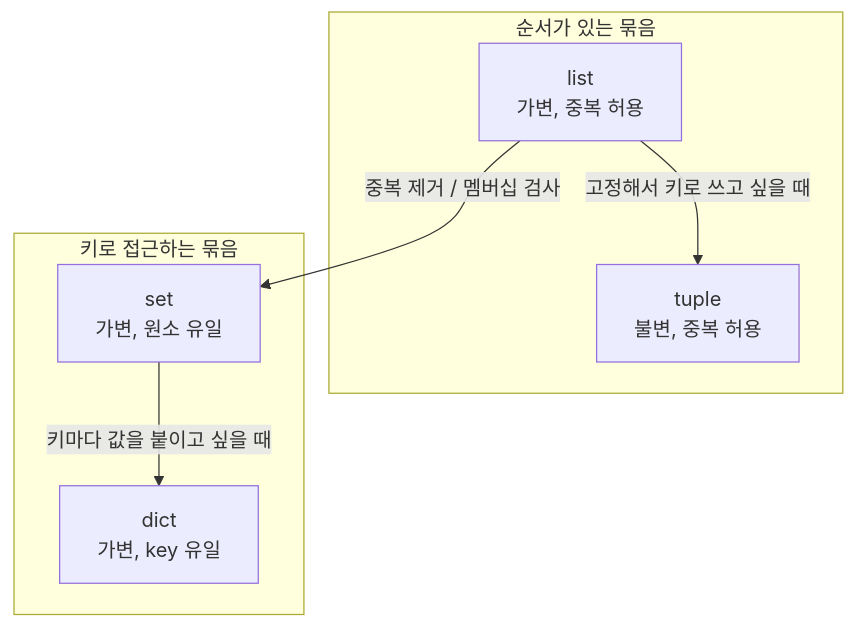
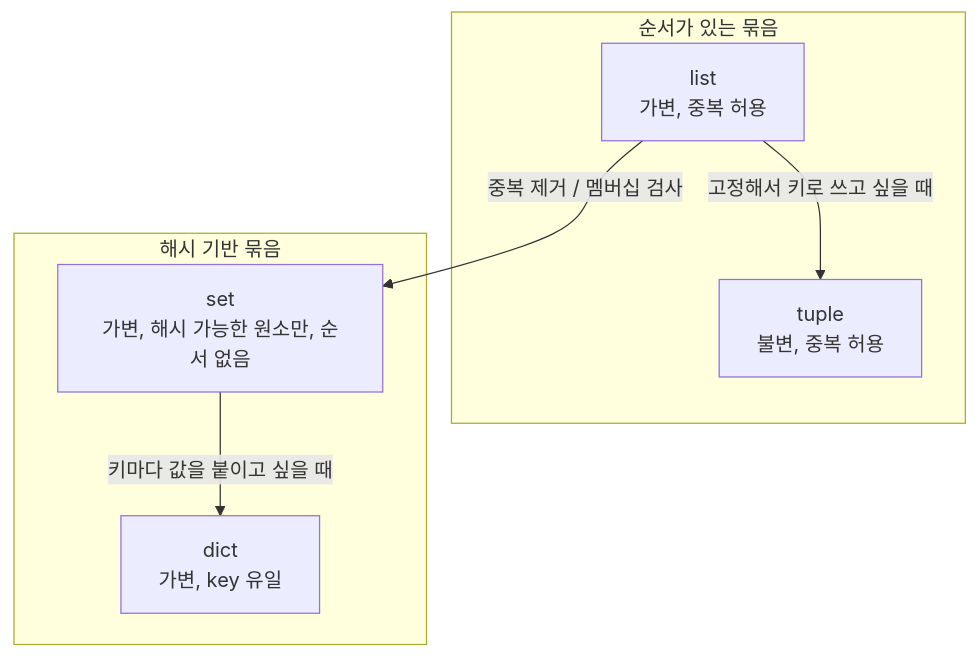
The diagram in content/python-101/ko/04-list-tuple-set-dict.md (yeongseon-books/book-content), drawn with Mermaid before and after one commit. The commit also changed other lines of this file and 1 other file, not shown here.

````diff
--- a/content/python-101/ko/04-list-tuple-set-dict.md
+++ b/content/python-101/ko/04-list-tuple-set-dict.md
@@ -57,14 +57,14 @@
 ```mermaid
 flowchart TB
     subgraph Sequence["순서가 있는 묶음"]
         L["list<br/>가변, 중복 허용"]
         T["tuple<br/>불변, 중복 허용"]
     end
-    subgraph KeyValue["키로 접근하는 묶음"]
+    subgraph HashBased["해시 기반 묶음"]
         D["dict<br/>가변, key 유일"]
-        S["set<br/>가변, 원소 유일"]
+        S["set<br/>가변, 해시 가능한 원소만, 순서 없음"]
     end
     L -- "고정해서 키로 쓰고 싶을 때" --> T
     L -- "중복 제거 / 멤버십 검사" --> S
     S -- "키마다 값을 붙이고 싶을 때" --> D
 ```
````
